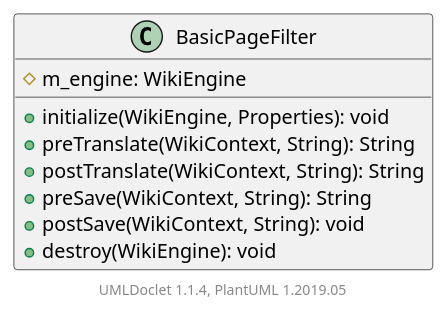
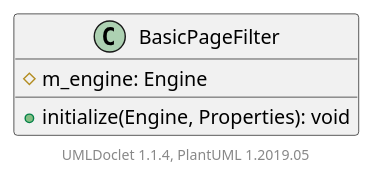
One commit to apache/jspwiki-site changed the diagram in apidocs/2.11.0.M7-SNAPSHOT/org/apache/wiki/api/filters/BasicPageFilter.puml. Above: the diagram before and after it, drawn with PlantUML. The commit also changed 1798 other files, not shown here.

```diff
--- a/apidocs/2.11.0.M7-SNAPSHOT/org/apache/wiki/api/filters/BasicPageFilter.puml
+++ b/apidocs/2.11.0.M7-SNAPSHOT/org/apache/wiki/api/filters/BasicPageFilter.puml
@@ -1,15 +1,10 @@
 @startuml
 
     class BasicPageFilter [[BasicPageFilter.html]] {
-        #m_engine: WikiEngine
-        +initialize(WikiEngine, Properties): void
-        +preTranslate(WikiContext, String): String
-        +postTranslate(WikiContext, String): String
-        +preSave(WikiContext, String): String
-        +postSave(WikiContext, String): void
-        +destroy(WikiEngine): void
+        #m_engine: Engine
+        +initialize(Engine, Properties): void
     }
 
 
     center footer UMLDoclet 1.1.4, PlantUML 1.2019.05
 @enduml
```
